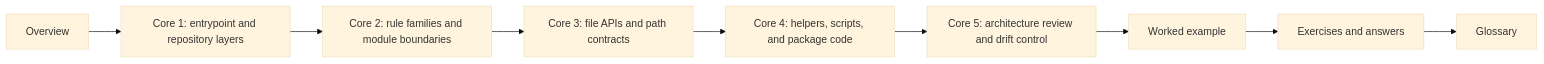
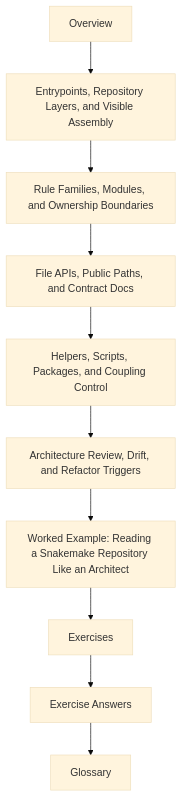
Before and after one commit to bijux/bijux-masterclass: the second of 2 diagrams in programs/reproducible-research/deep-dive-snakemake/course-book/module-07-workflow-architecture-file-apis/index.md, drawn with Mermaid (base theme). The commit also changed other lines of this file and 2 other files, not shown here.

Commit message:
docs(snakemake): teach repository architecture review

````diff
--- a/programs/reproducible-research/deep-dive-snakemake/course-book/module-07-workflow-architecture-file-apis/index.md
+++ b/programs/reproducible-research/deep-dive-snakemake/course-book/module-07-workflow-architecture-file-apis/index.md
@@ -86,11 +69,12 @@
 ```mermaid
-flowchart LR
-  overview["Overview"] --> core1["Core 1: entrypoint and repository layers"]
-  core1 --> core2["Core 2: rule families and module boundaries"]
-  core2 --> core3["Core 3: file APIs and path contracts"]
-  core3 --> core4["Core 4: helpers, scripts, and package code"]
-  core4 --> core5["Core 5: architecture review and drift control"]
-  core5 --> example["Worked example"]
-  example --> practice["Exercises and answers"]
-  practice --> glossary["Glossary"]
+flowchart TD
+  start["Overview"] --> core1["Entrypoints, Repository Layers, and Visible Assembly"]
+  core1 --> core2["Rule Families, Modules, and Ownership Boundaries"]
+  core2 --> core3["File APIs, Public Paths, and Contract Docs"]
+  core3 --> core4["Helpers, Scripts, Packages, and Coupling Control"]
+  core4 --> core5["Architecture Review, Drift, and Refactor Triggers"]
+  core5 --> example["Worked Example: Reading a Snakemake Repository Like an Architect"]
+  example --> practice["Exercises"]
+  practice --> answers["Exercise Answers"]
+  answers --> glossary["Glossary"]
 ```
````
